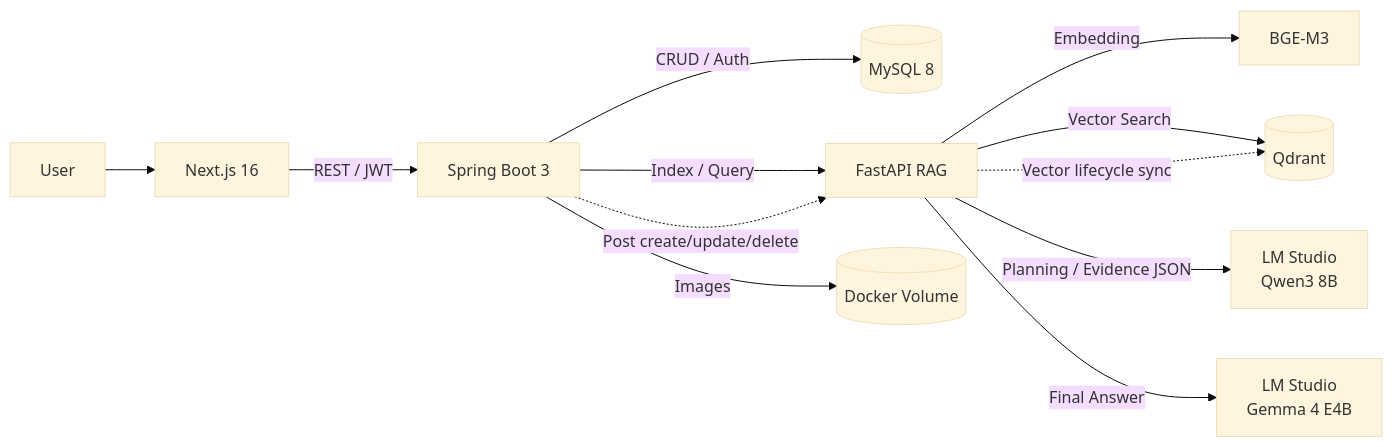
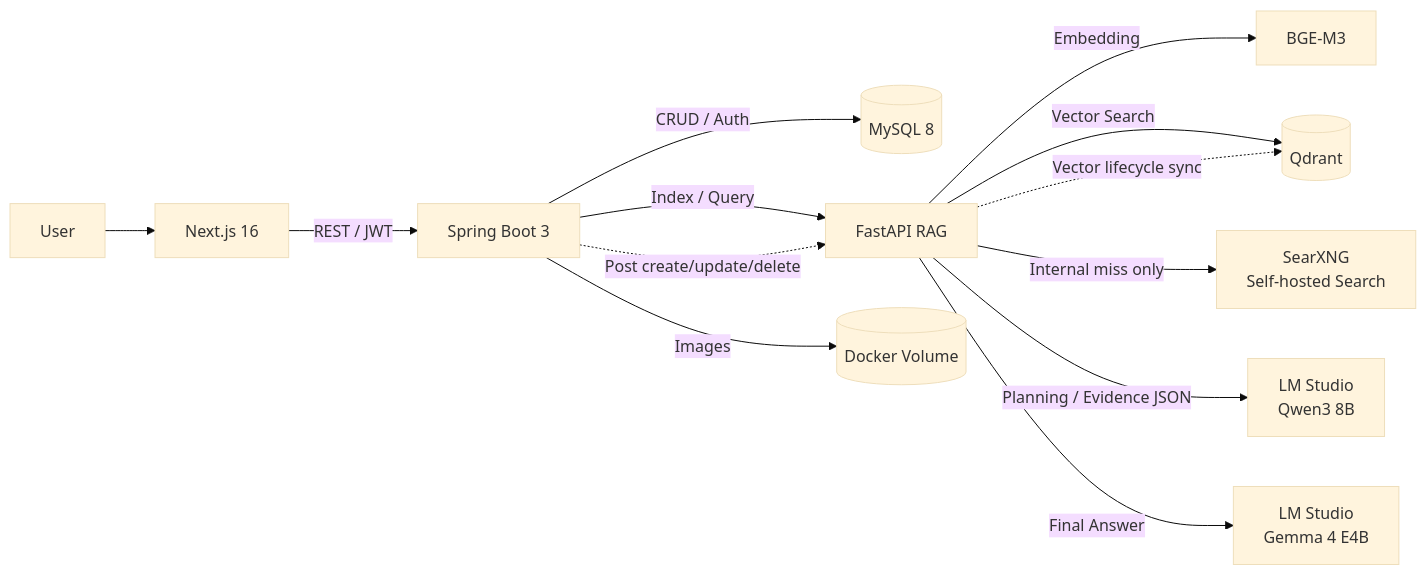
Before and after one commit to homilpat/blogProject: the first of 2 diagrams in README.md, drawn with Mermaid (base theme). The commit also changed other lines of this file and 31 other files, not shown here.

Commit message:
feat: add internal-first RAG search pipeline

````diff
--- a/README.md
+++ b/README.md
@@ -58,17 +70,18 @@
 ```mermaid
 flowchart LR
     U[User] --> N[Next.js 16]
     N -->|REST / JWT| S[Spring Boot 3]
 
     S -->|CRUD / Auth| M[(MySQL 8)]
     S -->|Index / Query| F[FastAPI RAG]
     S -->|Images| V[(Docker Volume)]
 
     F -->|Embedding| B[BGE-M3]
     F -->|Vector Search| Q[(Qdrant)]
+    F -->|Internal miss only| W[SearXNG<br/>Self-hosted Search]
     F -->|Planning / Evidence JSON| P[LM Studio<br/>Qwen3 8B]
     F -->|Final Answer| L[LM Studio<br/>Gemma 4 E4B]
 
     S -. Post create/update/delete .-> F
     F -. Vector lifecycle sync .-> Q
 ```
````
